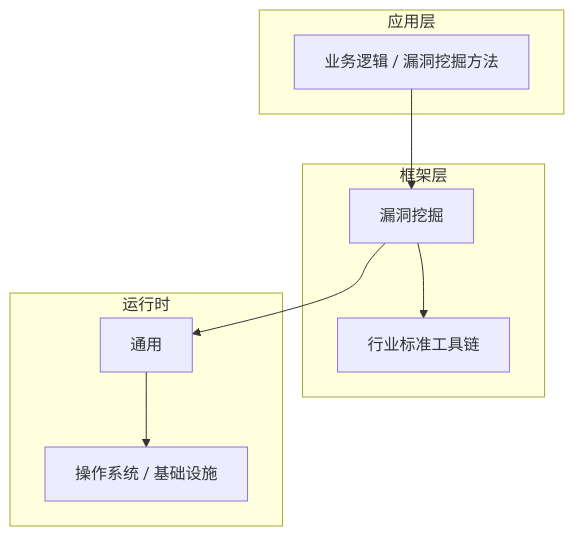
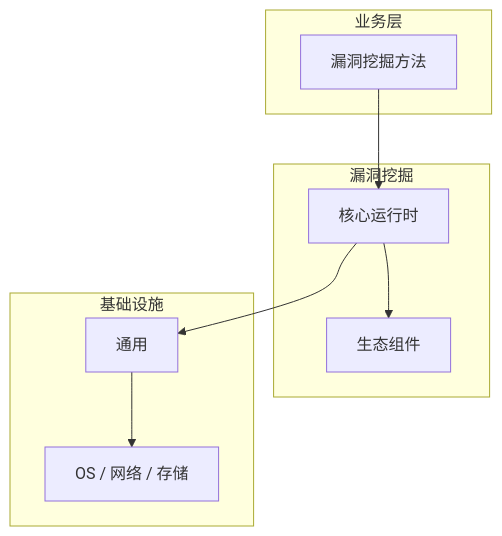
Before and after one commit to yanggan2015/knowledge-json-v2: the diagram in articles/漏洞挖掘/chapters/013-安全缺陷分析方法核心概念与原理.md, drawn with Mermaid. The commit also changed other lines of this file and 10127 other files, not shown here.

````diff
--- a/articles/漏洞挖掘/chapters/013-安全缺陷分析方法核心概念与原理.md
+++ b/articles/漏洞挖掘/chapters/013-安全缺陷分析方法核心概念与原理.md
@@ -46,18 +31,18 @@
 ```mermaid
 graph TB
-    subgraph 应用层
-        A[业务逻辑 / 漏洞挖掘方法]
+    subgraph 业务层
+        A[漏洞挖掘方法]
     end
-    subgraph 框架层
-        B[漏洞挖掘]
-        C[行业标准工具链]
+    subgraph 漏洞挖掘
+        B[核心运行时]
+        C[生态组件]
     end
-    subgraph 运行时
+    subgraph 基础设施
         D[通用]
-        E[操作系统 / 基础设施]
+        E[OS / 网络 / 存储]
     end
     A --> B
     B --> C
     B --> D
     D --> E
 ```
````
